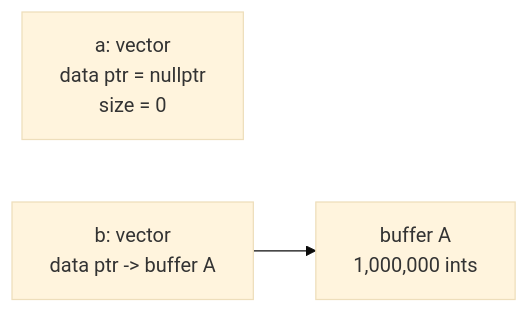
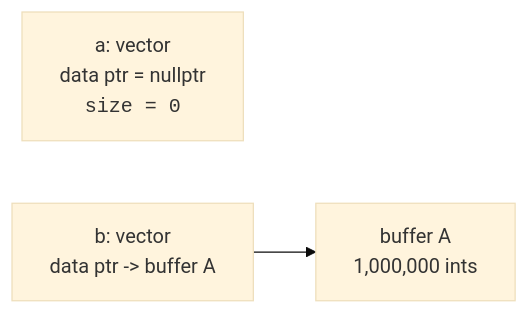
The second of 2 diagrams in content/learn/from-zero-to-cpp/move-semantics-intuition.mdx (dataslope/dataslope), drawn with Mermaid (base theme) before and after one commit. The commit also changed 100 other files, not shown here.

First line of the commit message:
Wrap more code in diagram labels: filenames, hex, assignments, subgraph titles

````diff
--- a/content/learn/from-zero-to-cpp/move-semantics-intuition.mdx
+++ b/content/learn/from-zero-to-cpp/move-semantics-intuition.mdx
@@ -30,5 +30,5 @@
 ```mermaid
 flowchart LR
-    A2["a: vector<br/>data ptr = nullptr<br/>size = 0"]
+    A2["a: vector<br/>data ptr = nullptr<br/><code>size = 0</code>"]
     B2["b: vector<br/>data ptr -> buffer A"] --> BA2["buffer A<br/>1,000,000 ints"]
 ```
````
